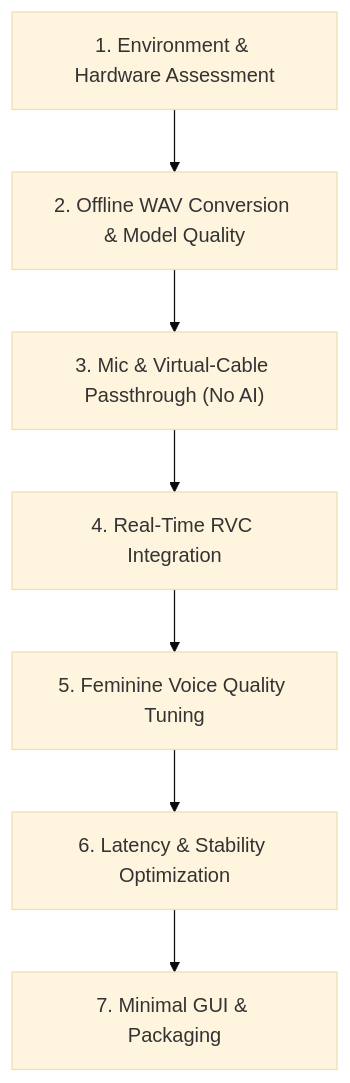
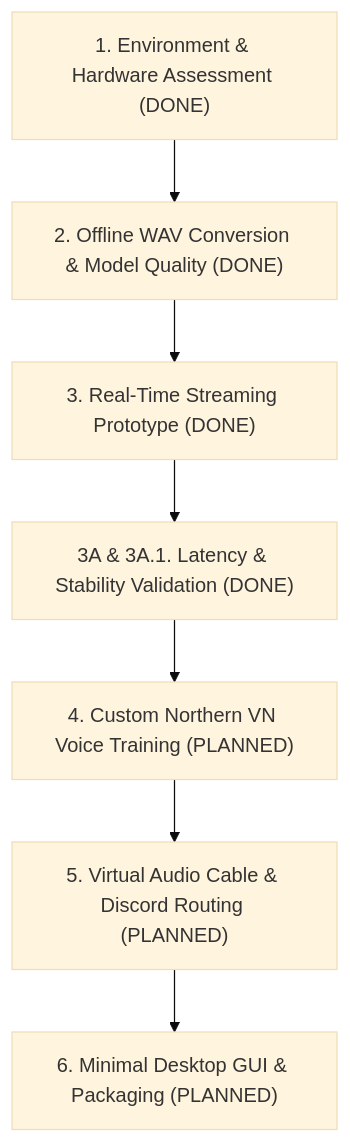
The diagram in docs/roadmap.md (quachvietthanh/RealTimeVoiceChanger), drawn with Mermaid (base theme) before and after one commit. The commit also changed other lines of this file and 5 other files, not shown here.

````diff
--- a/docs/roadmap.md
+++ b/docs/roadmap.md
@@ -5,9 +5,9 @@
 ```mermaid
 graph TD
-    M1["1. Environment & Hardware Assessment"] --> M2["2. Offline WAV Conversion & Model Quality"]
-    M2 --> M3["3. Mic & Virtual-Cable Passthrough (No AI)"]
-    M3 --> M4["4. Real-Time RVC Integration"]
-    M4 --> M5["5. Feminine Voice Quality Tuning"]
-    M5 --> M6["6. Latency & Stability Optimization"]
-    M6 --> M7["7. Minimal GUI & Packaging"]
+    M1["1. Environment & Hardware Assessment (DONE)"] --> M2["2. Offline WAV Conversion & Model Quality (DONE)"]
+    M2 --> M3["3. Real-Time Streaming Prototype (DONE)"]
+    M3 --> M3A["3A & 3A.1. Latency & Stability Validation (DONE)"]
+    M3A --> M4["4. Custom Northern VN Voice Training (PLANNED)"]
+    M4 --> M5["5. Virtual Audio Cable & Discord Routing (PLANNED)"]
+    M5 --> M6["6. Minimal Desktop GUI & Packaging (PLANNED)"]
 ```
````
